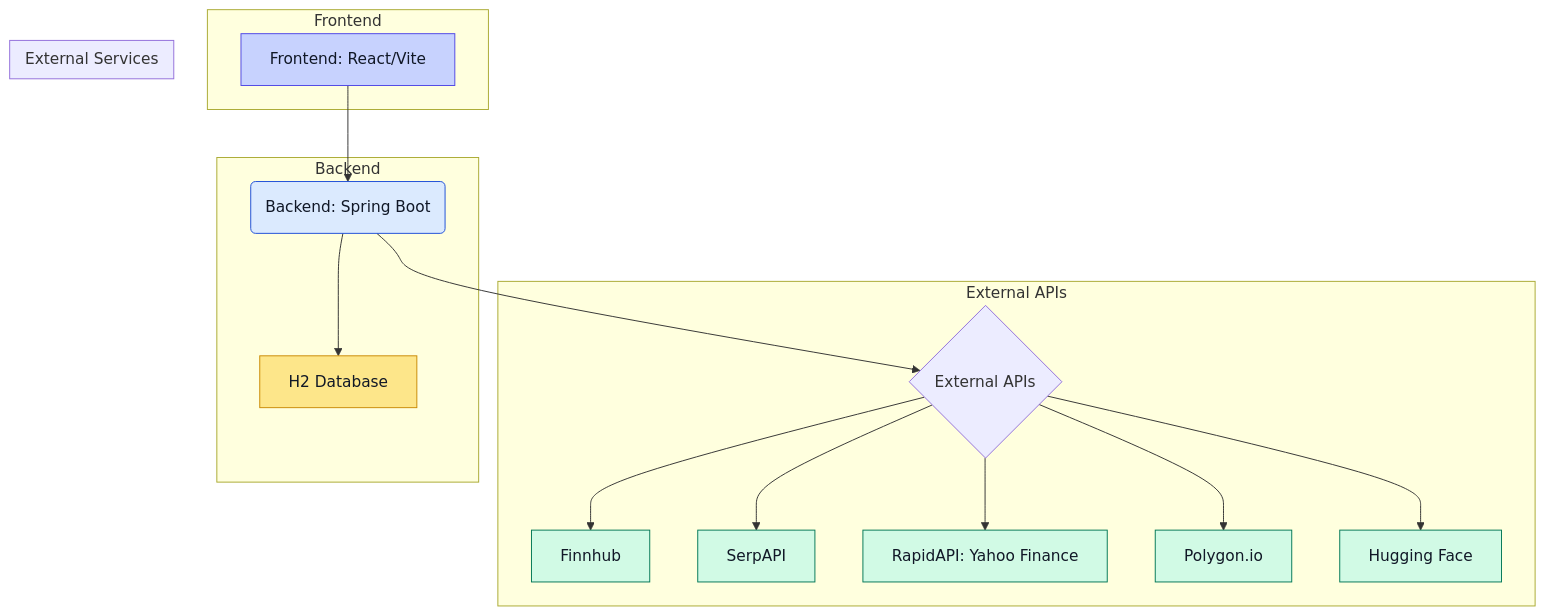
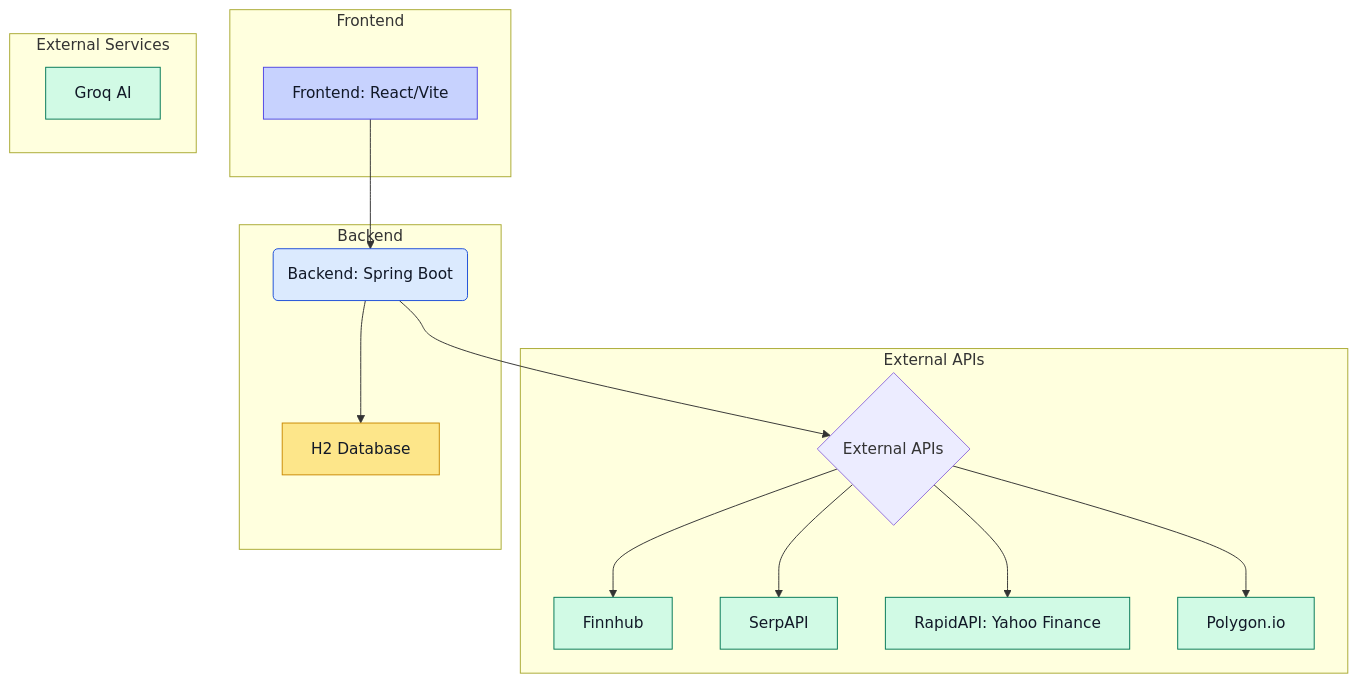
Before and after one commit to AbaSheger/borsvy: the first of 3 diagrams in README.md, drawn with Mermaid. The commit also changed other lines of this file, not shown here.

Commit message:
feat: Update README to reflect Groq API integration and enhance feature descriptions

````diff
--- a/README.md
+++ b/README.md
@@ -8,42 +19,41 @@
 ```mermaid
 graph TD
     A[Frontend: React/Vite] --> B(Backend: Spring Boot);
     B --> C{External APIs};
     
     subgraph "External APIs"
         C --> FIN[Finnhub];
         C --> SERP[SerpAPI];
         C --> RAPID[RapidAPI: Yahoo Finance];
         C --> POLY[Polygon.io];
-        C --> HF[Hugging Face];
     end
     
     B --> DB[H2 Database];
 
     subgraph Frontend
         A
     end
     
     subgraph Backend
         B
         DB
     end
     
     subgraph "External Services"
         FIN
         SERP
         RAPID
         POLY
-        HF
+        GROQ[Groq AI]
     end
     
     classDef frontend fill:#C7D2FE,stroke:#4F46E5,color:#111827;
     classDef backend fill:#DBEAFE,stroke:#1D4ED8,color:#111827;
     classDef database fill:#FDE68A,stroke:#CA8A04,color:#111827;
     classDef external fill:#D1FAE5,stroke:#047857,color:#111827;
     
     class A frontend;
     class B backend;
     class DB database;
-    class FIN,SERP,RAPID,POLY,HF external;
+    class FIN,SERP,RAPID,POLY,GROQ external;
 ```
````
